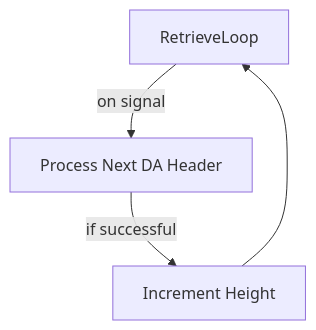
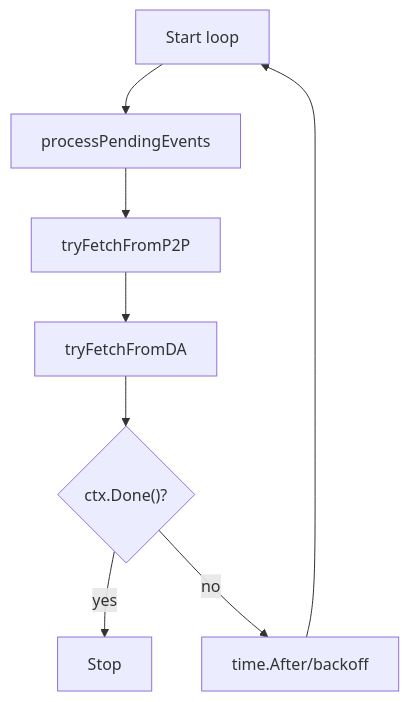
Before and after one commit to evstack/ev-node: the fourth of 4 diagrams in pkg/sync/README.md, drawn with Mermaid. The commit also changed other lines of this file, not shown here.

````diff
--- a/pkg/sync/README.md
+++ b/pkg/sync/README.md
@@ -116,6 +114,10 @@
 ```mermaid
 flowchart TD
-    RL[RetrieveLoop] --> |on signal| PDA[Process Next DA Header]
-    PDA --> |if successful| IH[Increment Height]
-    IH --> RL
+    Begin[Start loop] --> Pending[processPendingEvents]
+    Pending --> P2P[tryFetchFromP2P]
+    P2P --> DA[tryFetchFromDA]
+    DA --> Wait{"ctx.Done()?"}
+    Wait -->|yes| End[Stop]
+    Wait -->|no| Sleep[time.After/backoff]
+    Sleep --> Begin
 ```
````
